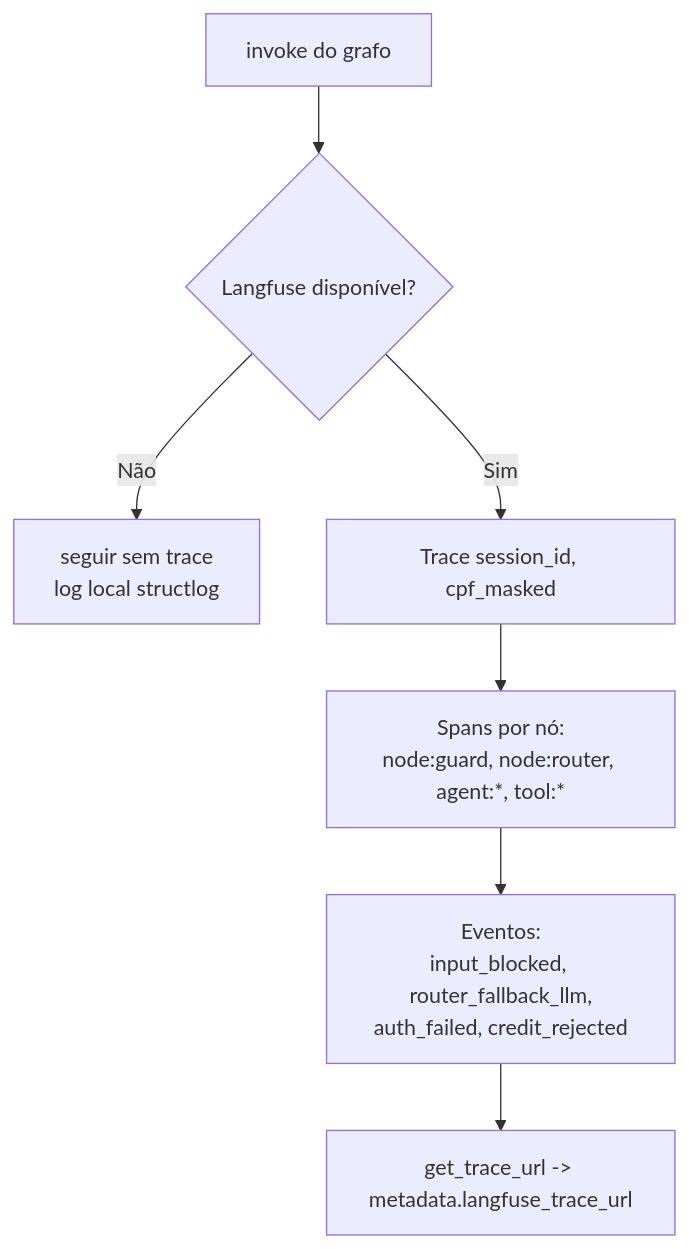
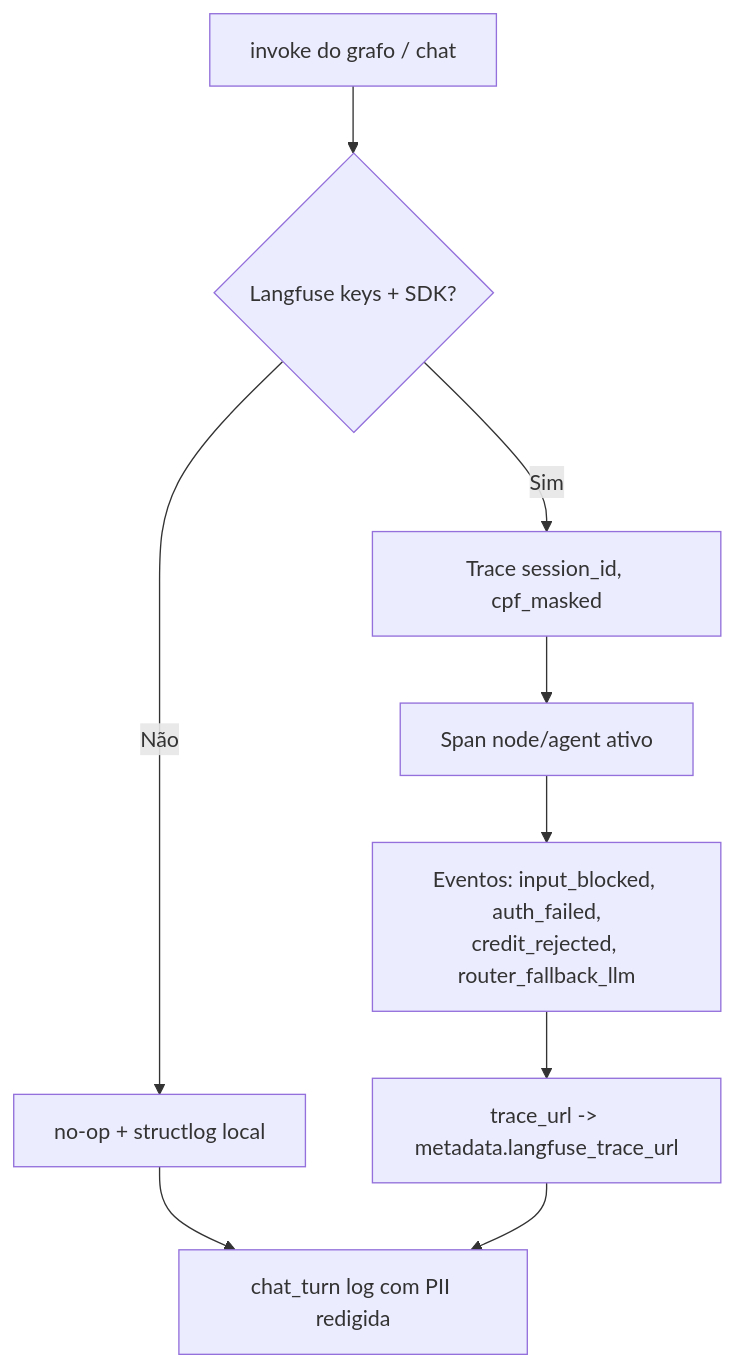
The first of 3 diagrams in docs/fluxogramas/parte-4-observabilidade.md (holdenoffmenn/desafio-t4h), drawn with Mermaid before and after one commit. The commit also changed other lines of this file and 1 other file, not shown here.

First line of the commit message:
docs: finalize delivery README and Part 4 flowcharts

````diff
--- a/docs/fluxogramas/parte-4-observabilidade.md
+++ b/docs/fluxogramas/parte-4-observabilidade.md
@@ -12,9 +14,11 @@
 ```mermaid
 flowchart TD
-    A[invoke do grafo] --> H{Langfuse disponível?}
-    H -- Não --> DEG[seguir sem trace<br/>log local structlog]
+    A[invoke do grafo / chat] --> H{Langfuse keys + SDK?}
+    H -- Não --> DEG[no-op + structlog local]
     H -- Sim --> TR[Trace session_id, cpf_masked]
-    TR --> SP[Spans por nó:<br/>node:guard, node:router, agent:*, tool:*]
-    SP --> EV[Eventos:<br/>input_blocked, router_fallback_llm,<br/>auth_failed, credit_rejected]
-    EV --> URL[get_trace_url -> metadata.langfuse_trace_url]
+    TR --> SP[Span node/agent ativo]
+    SP --> EV[Eventos: input_blocked, auth_failed,<br/>credit_rejected, router_fallback_llm]
+    EV --> URL[trace_url -> metadata.langfuse_trace_url]
+    DEG --> LOG[chat_turn log com PII redigida]
+    URL --> LOG
 ```
````
